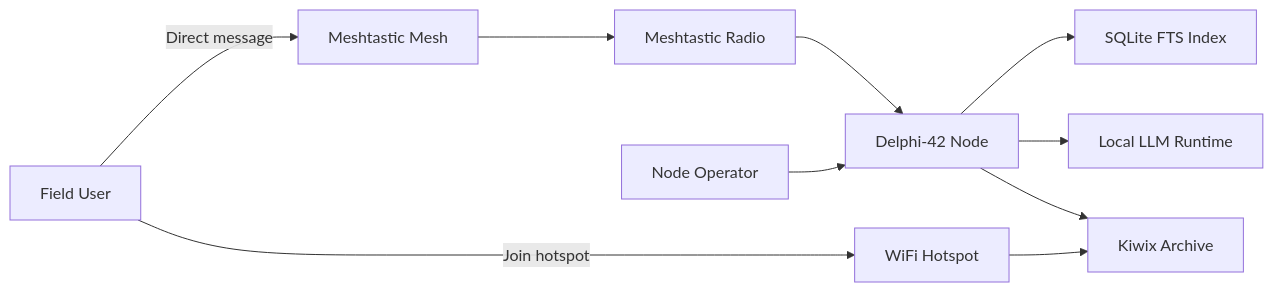
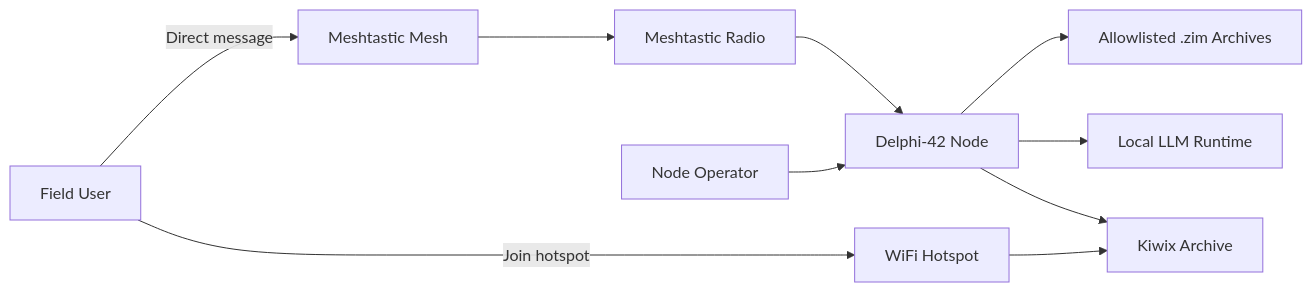
The diagram in docs/architecture/system_context.md (SebastianMalara/delphi-42), drawn with Mermaid before and after one commit. The commit also changed 61 other files, not shown here.

````diff
--- a/docs/architecture/system_context.md
+++ b/docs/architecture/system_context.md
@@ -15,12 +15,12 @@
 ```mermaid
 flowchart LR
   User["Field User"] -->|Direct message| Mesh["Meshtastic Mesh"]
   Mesh --> Radio["Meshtastic Radio"]
   Radio --> Node["Delphi-42 Node"]
-  Node --> Index["SQLite FTS Index"]
+  Node --> Index["Allowlisted .zim Archives"]
   Node --> LLM["Local LLM Runtime"]
   Node --> Kiwix["Kiwix Archive"]
   User -->|Join hotspot| Hotspot["WiFi Hotspot"]
   Hotspot --> Kiwix
   Operator["Node Operator"] --> Node
 ```
````
